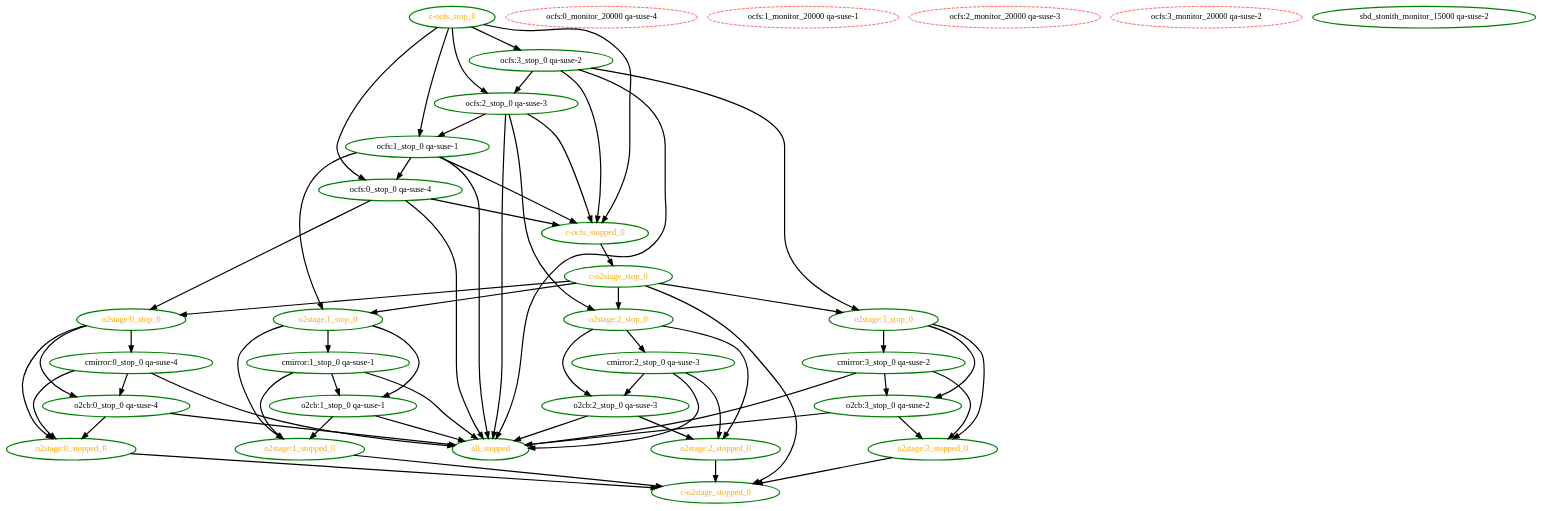
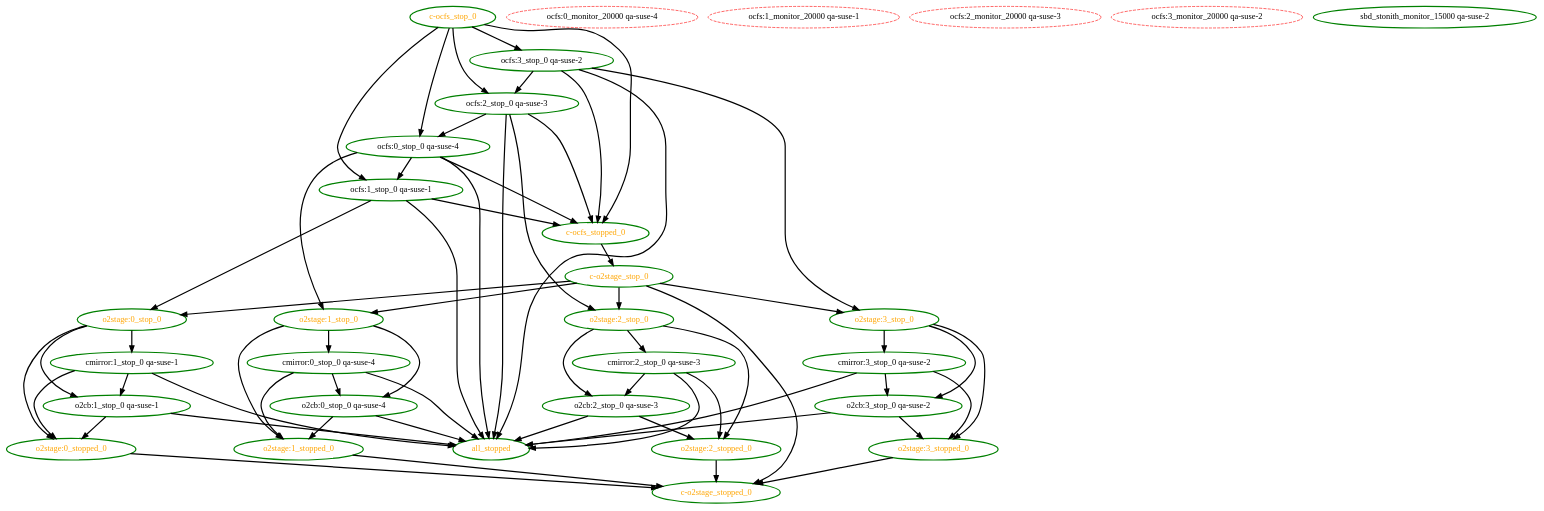
One commit to ClusterLabs/pacemaker changed the diagram in pengine/test10/bug-lf-2422.dot. Above: the diagram before and after it, drawn with Graphviz. The commit also changed 311 other files, not shown here.

```diff
--- a/pengine/test10/bug-lf-2422.dot
+++ b/pengine/test10/bug-lf-2422.dot
@@ -1,94 +1,94 @@
 digraph "g" {
 "all_stopped" [ style=bold color="green" fontcolor="orange" ]
 "c-o2stage_stop_0" -> "c-o2stage_stopped_0" [ style = bold]
 "c-o2stage_stop_0" -> "o2stage:0_stop_0" [ style = bold]
 "c-o2stage_stop_0" -> "o2stage:1_stop_0" [ style = bold]
 "c-o2stage_stop_0" -> "o2stage:2_stop_0" [ style = bold]
 "c-o2stage_stop_0" -> "o2stage:3_stop_0" [ style = bold]
 "c-o2stage_stop_0" [ style=bold color="green" fontcolor="orange" ]
 "c-o2stage_stopped_0" [ style=bold color="green" fontcolor="orange" ]
 "c-ocfs_stop_0" -> "c-ocfs_stopped_0" [ style = bold]
 "c-ocfs_stop_0" -> "ocfs:0_stop_0 qa-suse-4" [ style = bold]
 "c-ocfs_stop_0" -> "ocfs:1_stop_0 qa-suse-1" [ style = bold]
 "c-ocfs_stop_0" -> "ocfs:2_stop_0 qa-suse-3" [ style = bold]
 "c-ocfs_stop_0" -> "ocfs:3_stop_0 qa-suse-2" [ style = bold]
 "c-ocfs_stop_0" [ style=bold color="green" fontcolor="orange" ]
 "c-ocfs_stopped_0" -> "c-o2stage_stop_0" [ style = bold]
 "c-ocfs_stopped_0" [ style=bold color="green" fontcolor="orange" ]
 "cmirror:0_stop_0 qa-suse-4" -> "all_stopped" [ style = bold]
 "cmirror:0_stop_0 qa-suse-4" -> "o2cb:0_stop_0 qa-suse-4" [ style = bold]
-"cmirror:0_stop_0 qa-suse-4" -> "o2stage:0_stopped_0" [ style = bold]
+"cmirror:0_stop_0 qa-suse-4" -> "o2stage:1_stopped_0" [ style = bold]
 "cmirror:0_stop_0 qa-suse-4" [ style=bold color="green" fontcolor="black" ]
 "cmirror:1_stop_0 qa-suse-1" -> "all_stopped" [ style = bold]
 "cmirror:1_stop_0 qa-suse-1" -> "o2cb:1_stop_0 qa-suse-1" [ style = bold]
-"cmirror:1_stop_0 qa-suse-1" -> "o2stage:1_stopped_0" [ style = bold]
+"cmirror:1_stop_0 qa-suse-1" -> "o2stage:0_stopped_0" [ style = bold]
 "cmirror:1_stop_0 qa-suse-1" [ style=bold color="green" fontcolor="black" ]
 "cmirror:2_stop_0 qa-suse-3" -> "all_stopped" [ style = bold]
 "cmirror:2_stop_0 qa-suse-3" -> "o2cb:2_stop_0 qa-suse-3" [ style = bold]
 "cmirror:2_stop_0 qa-suse-3" -> "o2stage:2_stopped_0" [ style = bold]
 "cmirror:2_stop_0 qa-suse-3" [ style=bold color="green" fontcolor="black" ]
 "cmirror:3_stop_0 qa-suse-2" -> "all_stopped" [ style = bold]
 "cmirror:3_stop_0 qa-suse-2" -> "o2cb:3_stop_0 qa-suse-2" [ style = bold]
 "cmirror:3_stop_0 qa-suse-2" -> "o2stage:3_stopped_0" [ style = bold]
 "cmirror:3_stop_0 qa-suse-2" [ style=bold color="green" fontcolor="black" ]
 "o2cb:0_stop_0 qa-suse-4" -> "all_stopped" [ style = bold]
-"o2cb:0_stop_0 qa-suse-4" -> "o2stage:0_stopped_0" [ style = bold]
+"o2cb:0_stop_0 qa-suse-4" -> "o2stage:1_stopped_0" [ style = bold]
 "o2cb:0_stop_0 qa-suse-4" [ style=bold color="green" fontcolor="black" ]
 "o2cb:1_stop_0 qa-suse-1" -> "all_stopped" [ style = bold]
-"o2cb:1_stop_0 qa-suse-1" -> "o2stage:1_stopped_0" [ style = bold]
+"o2cb:1_stop_0 qa-suse-1" -> "o2stage:0_stopped_0" [ style = bold]
 "o2cb:1_stop_0 qa-suse-1" [ style=bold color="green" fontcolor="black" ]
 "o2cb:2_stop_0 qa-suse-3" -> "all_stopped" [ style = bold]
 "o2cb:2_stop_0 qa-suse-3" -> "o2stage:2_stopped_0" [ style = bold]
 "o2cb:2_stop_0 qa-suse-3" [ style=bold color="green" fontcolor="black" ]
 "o2cb:3_stop_0 qa-suse-2" -> "all_stopped" [ style = bold]
 "o2cb:3_stop_0 qa-suse-2" -> "o2stage:3_stopped_0" [ style = bold]
 "o2cb:3_stop_0 qa-suse-2" [ style=bold color="green" fontcolor="black" ]
-"o2stage:0_stop_0" -> "cmirror:0_stop_0 qa-suse-4" [ style = bold]
-"o2stage:0_stop_0" -> "o2cb:0_stop_0 qa-suse-4" [ style = bold]
+"o2stage:0_stop_0" -> "cmirror:1_stop_0 qa-suse-1" [ style = bold]
+"o2stage:0_stop_0" -> "o2cb:1_stop_0 qa-suse-1" [ style = bold]
 "o2stage:0_stop_0" -> "o2stage:0_stopped_0" [ style = bold]
 "o2stage:0_stop_0" [ style=bold color="green" fontcolor="orange" ]
 "o2stage:0_stopped_0" -> "c-o2stage_stopped_0" [ style = bold]
 "o2stage:0_stopped_0" [ style=bold color="green" fontcolor="orange" ]
-"o2stage:1_stop_0" -> "cmirror:1_stop_0 qa-suse-1" [ style = bold]
-"o2stage:1_stop_0" -> "o2cb:1_stop_0 qa-suse-1" [ style = bold]
+"o2stage:1_stop_0" -> "cmirror:0_stop_0 qa-suse-4" [ style = bold]
+"o2stage:1_stop_0" -> "o2cb:0_stop_0 qa-suse-4" [ style = bold]
 "o2stage:1_stop_0" -> "o2stage:1_stopped_0" [ style = bold]
 "o2stage:1_stop_0" [ style=bold color="green" fontcolor="orange" ]
 "o2stage:1_stopped_0" -> "c-o2stage_stopped_0" [ style = bold]
 "o2stage:1_stopped_0" [ style=bold color="green" fontcolor="orange" ]
 "o2stage:2_stop_0" -> "cmirror:2_stop_0 qa-suse-3" [ style = bold]
 "o2stage:2_stop_0" -> "o2cb:2_stop_0 qa-suse-3" [ style = bold]
 "o2stage:2_stop_0" -> "o2stage:2_stopped_0" [ style = bold]
 "o2stage:2_stop_0" [ style=bold color="green" fontcolor="orange" ]
 "o2stage:2_stopped_0" -> "c-o2stage_stopped_0" [ style = bold]
 "o2stage:2_stopped_0" [ style=bold color="green" fontcolor="orange" ]
 "o2stage:3_stop_0" -> "cmirror:3_stop_0 qa-suse-2" [ style = bold]
 "o2stage:3_stop_0" -> "o2cb:3_stop_0 qa-suse-2" [ style = bold]
 "o2stage:3_stop_0" -> "o2stage:3_stopped_0" [ style = bold]
 "o2stage:3_stop_0" [ style=bold color="green" fontcolor="orange" ]
 "o2stage:3_stopped_0" -> "c-o2stage_stopped_0" [ style = bold]
 "o2stage:3_stopped_0" [ style=bold color="green" fontcolor="orange" ]
 "ocfs:0_monitor_20000 qa-suse-4" [ style=dashed color="red" fontcolor="black" ]
 "ocfs:0_stop_0 qa-suse-4" -> "all_stopped" [ style = bold]
 "ocfs:0_stop_0 qa-suse-4" -> "c-ocfs_stopped_0" [ style = bold]
-"ocfs:0_stop_0 qa-suse-4" -> "o2stage:0_stop_0" [ style = bold]
+"ocfs:0_stop_0 qa-suse-4" -> "o2stage:1_stop_0" [ style = bold]
+"ocfs:0_stop_0 qa-suse-4" -> "ocfs:1_stop_0 qa-suse-1" [ style = bold]
 "ocfs:0_stop_0 qa-suse-4" [ style=bold color="green" fontcolor="black" ]
 "ocfs:1_monitor_20000 qa-suse-1" [ style=dashed color="red" fontcolor="black" ]
 "ocfs:1_stop_0 qa-suse-1" -> "all_stopped" [ style = bold]
 "ocfs:1_stop_0 qa-suse-1" -> "c-ocfs_stopped_0" [ style = bold]
-"ocfs:1_stop_0 qa-suse-1" -> "o2stage:1_stop_0" [ style = bold]
-"ocfs:1_stop_0 qa-suse-1" -> "ocfs:0_stop_0 qa-suse-4" [ style = bold]
+"ocfs:1_stop_0 qa-suse-1" -> "o2stage:0_stop_0" [ style = bold]
 "ocfs:1_stop_0 qa-suse-1" [ style=bold color="green" fontcolor="black" ]
 "ocfs:2_monitor_20000 qa-suse-3" [ style=dashed color="red" fontcolor="black" ]
 "ocfs:2_stop_0 qa-suse-3" -> "all_stopped" [ style = bold]
 "ocfs:2_stop_0 qa-suse-3" -> "c-ocfs_stopped_0" [ style = bold]
 "ocfs:2_stop_0 qa-suse-3" -> "o2stage:2_stop_0" [ style = bold]
-"ocfs:2_stop_0 qa-suse-3" -> "ocfs:1_stop_0 qa-suse-1" [ style = bold]
+"ocfs:2_stop_0 qa-suse-3" -> "ocfs:0_stop_0 qa-suse-4" [ style = bold]
 "ocfs:2_stop_0 qa-suse-3" [ style=bold color="green" fontcolor="black" ]
 "ocfs:3_monitor_20000 qa-suse-2" [ style=dashed color="red" fontcolor="black" ]
 "ocfs:3_stop_0 qa-suse-2" -> "all_stopped" [ style = bold]
 "ocfs:3_stop_0 qa-suse-2" -> "c-ocfs_stopped_0" [ style = bold]
 "ocfs:3_stop_0 qa-suse-2" -> "o2stage:3_stop_0" [ style = bold]
 "ocfs:3_stop_0 qa-suse-2" -> "ocfs:2_stop_0 qa-suse-3" [ style = bold]
 "ocfs:3_stop_0 qa-suse-2" [ style=bold color="green" fontcolor="black" ]
 "sbd_stonith_monitor_15000 qa-suse-2" [ style=bold color="green" fontcolor="black" ]
 }
```
